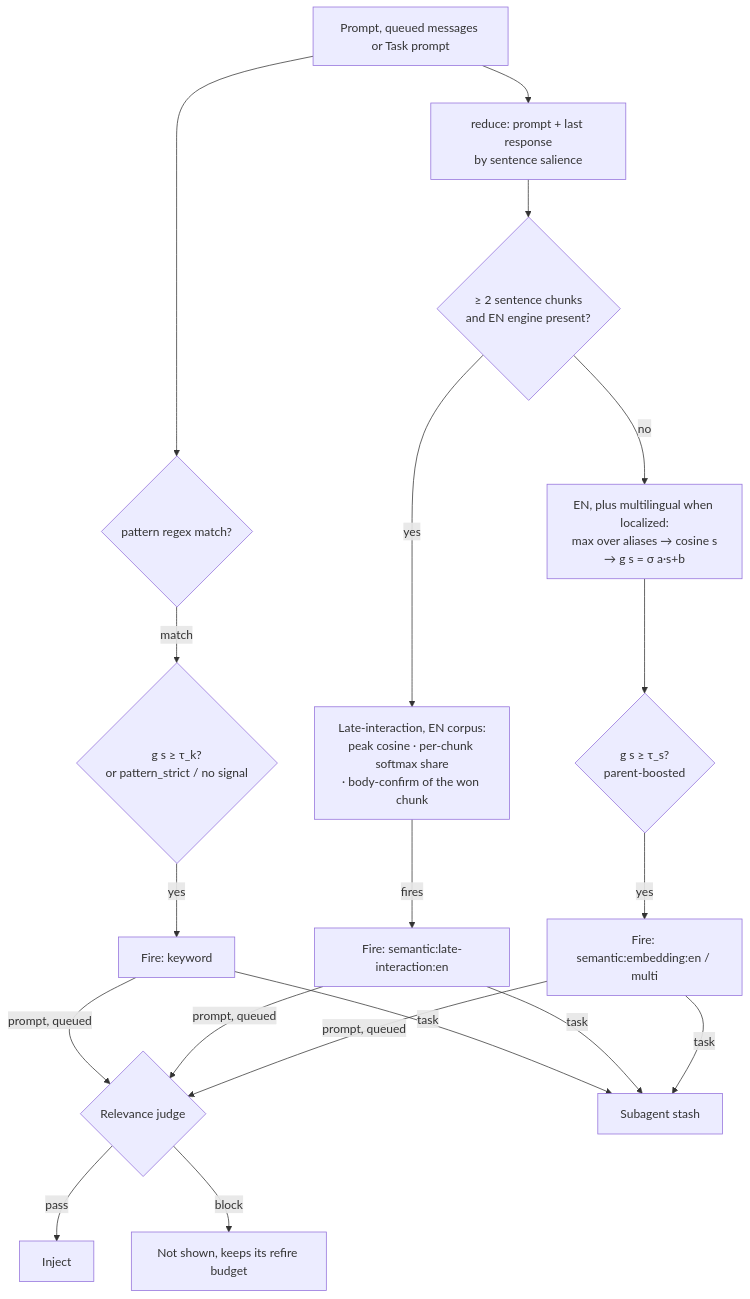
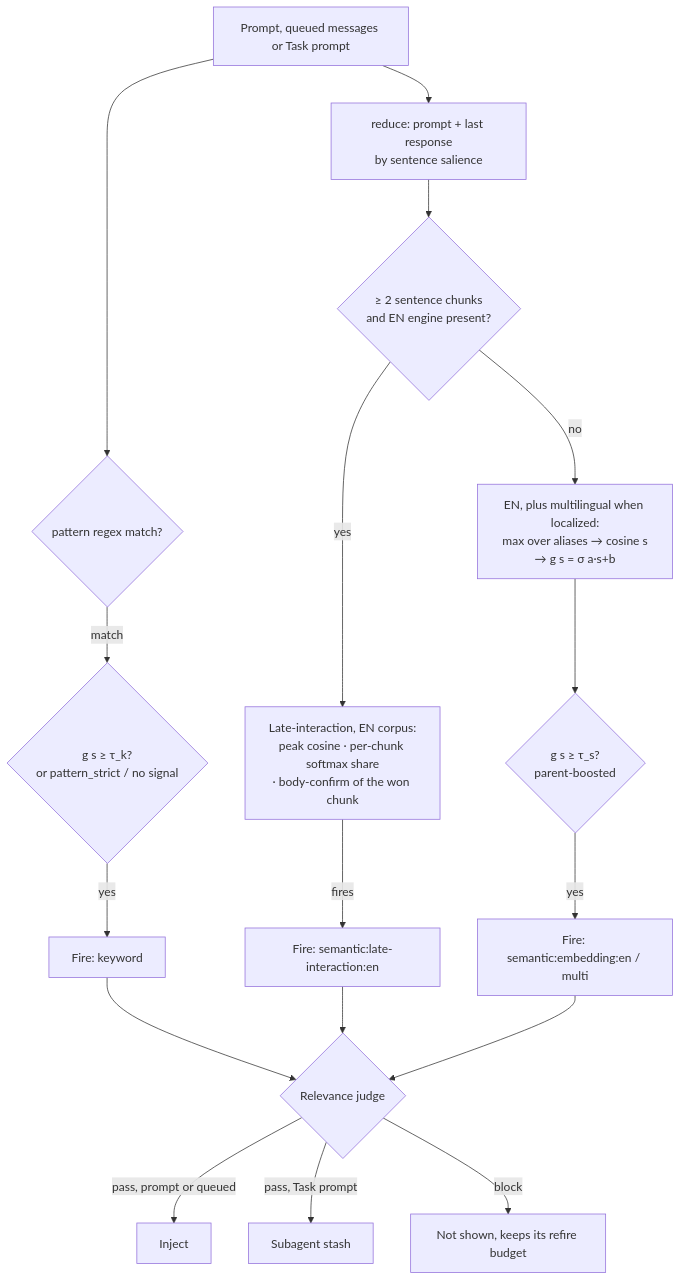
Before and after one commit to aaronsb/agent-ways: the third of 4 diagrams in docs/hooks-and-ways/matching.md, drawn with Mermaid. The commit also changed other lines of this file and 4 other files, not shown here.

````diff
--- a/docs/hooks-and-ways/matching.md
+++ b/docs/hooks-and-ways/matching.md
@@ -60,26 +60,24 @@
 ```mermaid
 flowchart TD
     Q[Prompt, queued messages or Task prompt]
     Q --> Reg{pattern regex match?}
     Q --> RED[reduce: prompt + last response<br/>by sentence salience]
     RED --> CH{≥ 2 sentence chunks<br/>and EN engine present?}
 
     CH -- yes --> LI[Late-interaction, EN corpus:<br/>peak cosine · per-chunk softmax share<br/>· body-confirm of the won chunk]
     LI -- fires --> F2[Fire: semantic:late-interaction:en]
 
     CH -- no --> SV[EN, plus multilingual when localized:<br/>max over aliases → cosine s<br/>→ g s = σ a·s+b]
     SV --> SEM{g s ≥ τ_s?<br/>parent-boosted}
     SEM -- yes --> F3[Fire: semantic:embedding:en / multi]
 
     Reg -- match --> GATE{g s ≥ τ_k?<br/>or pattern_strict / no signal}
     GATE -- yes --> F1[Fire: keyword]
 
-    F1 -- prompt, queued --> J{Relevance judge}
-    F2 -- prompt, queued --> J
-    F3 -- prompt, queued --> J
-    F1 -- task --> ST[Subagent stash]
-    F2 -- task --> ST
-    F3 -- task --> ST
-    J -- pass --> IN[Inject]
+    F1 --> J{Relevance judge}
+    F2 --> J
+    F3 --> J
+    J -- pass, prompt or queued --> IN[Inject]
+    J -- pass, Task prompt --> ST[Subagent stash]
     J -- block --> BL[Not shown, keeps its refire budget]
 ```
````
